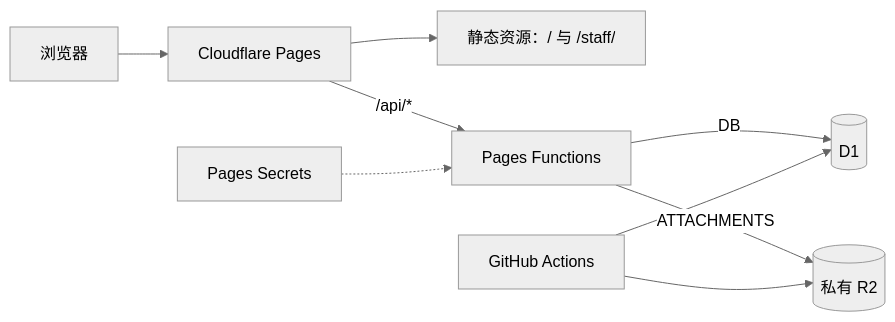
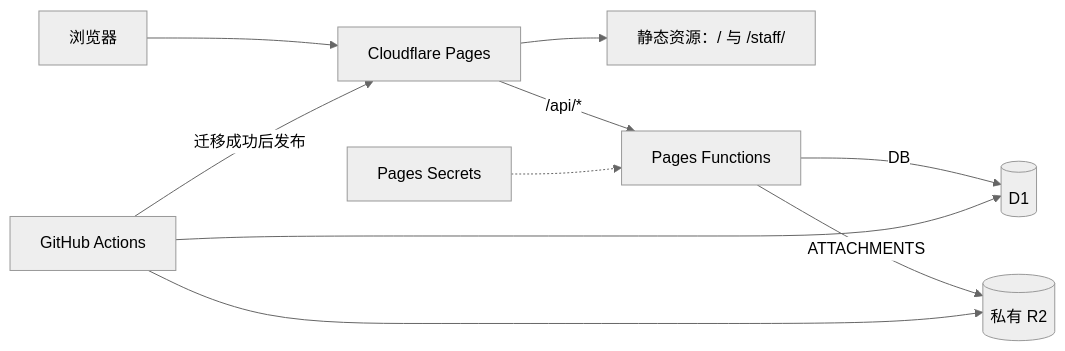
One commit to NEUP-Net-Depart/Pioneer-appointment-system changed the diagram in README.md. Above: the diagram before and after it, drawn with Mermaid (neutral theme). The commit also changed other lines of this file and 17 other files, not shown here.

````diff
--- a/README.md
+++ b/README.md
@@ -17,11 +17,12 @@
 ```mermaid
 flowchart LR
   Browser[浏览器] --> Pages[Cloudflare Pages]
   Pages --> Static[静态资源：/ 与 /staff/]
   Pages -->|/api/*| Functions[Pages Functions]
   Functions -->|DB| D1[(D1)]
   Functions -->|ATTACHMENTS| R2[(私有 R2)]
   Secrets[Pages Secrets] -.-> Functions
   Actions[GitHub Actions] --> D1
+  Actions -->|迁移成功后发布| Pages
   Actions --> R2
 ```
````
